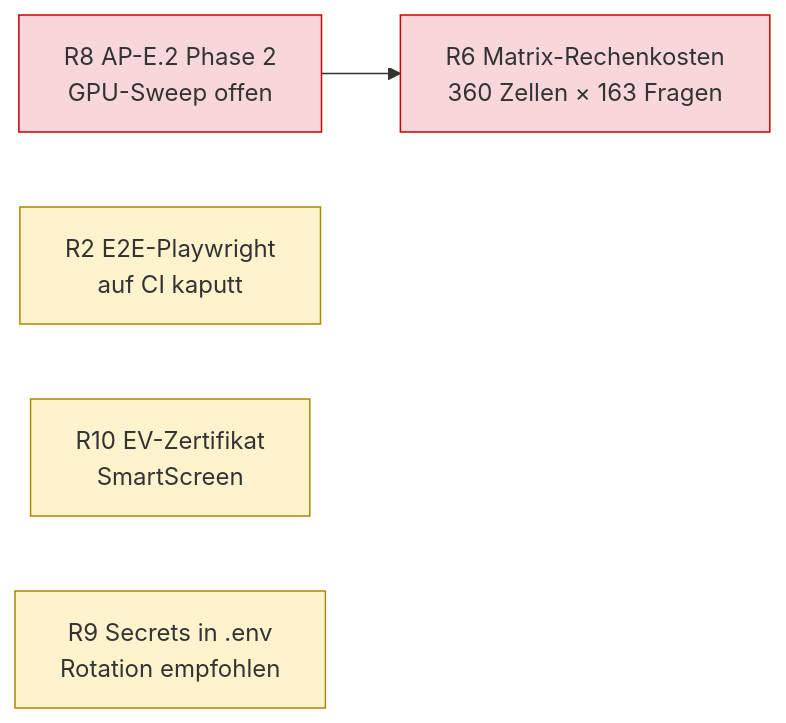
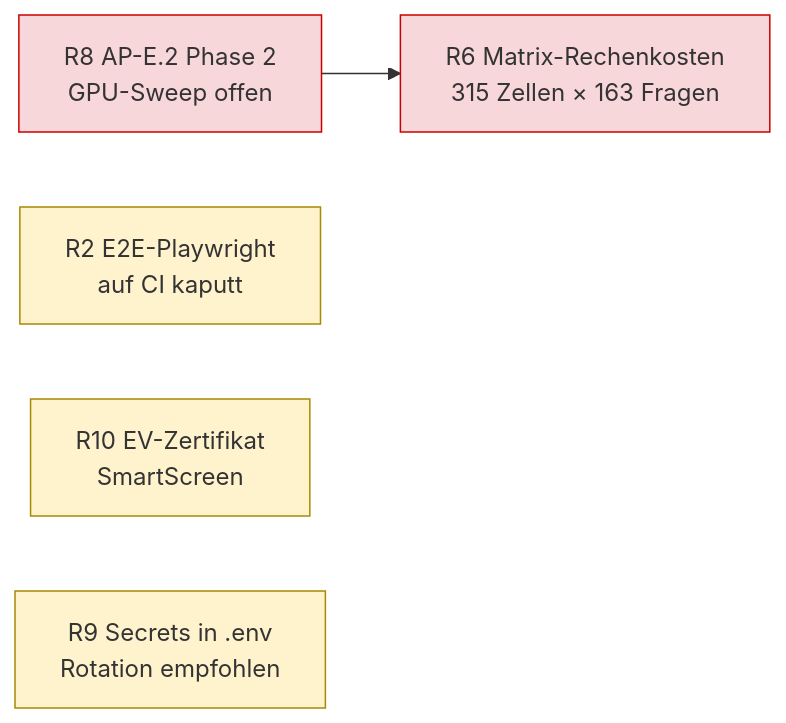
One commit to TwoD97/LokLM changed the diagram in docs/project-handbook/22_risks_problems_and_mitigations.md. Above: the diagram before and after it, drawn with Mermaid. The commit also changed other lines of this file and 5 other files, not shown here.

````diff
--- a/docs/project-handbook/22_risks_problems_and_mitigations.md
+++ b/docs/project-handbook/22_risks_problems_and_mitigations.md
@@ -40,11 +40,11 @@
 ```mermaid
 flowchart LR
     R8["R8 AP-E.2 Phase 2<br/>GPU-Sweep offen"]:::high
-    R6["R6 Matrix-Rechenkosten<br/>360 Zellen × 163 Fragen"]:::high
+    R6["R6 Matrix-Rechenkosten<br/>315 Zellen × 163 Fragen"]:::high
     R2["R2 E2E-Playwright<br/>auf CI kaputt"]:::mid
     R10["R10 EV-Zertifikat<br/>SmartScreen"]:::mid
     R9["R9 Secrets in .env<br/>Rotation empfohlen"]:::mid
     R8 --> R6
     classDef high fill:#f8d7da,stroke:#c00
     classDef mid fill:#fff3cd,stroke:#a80
 ```
````
